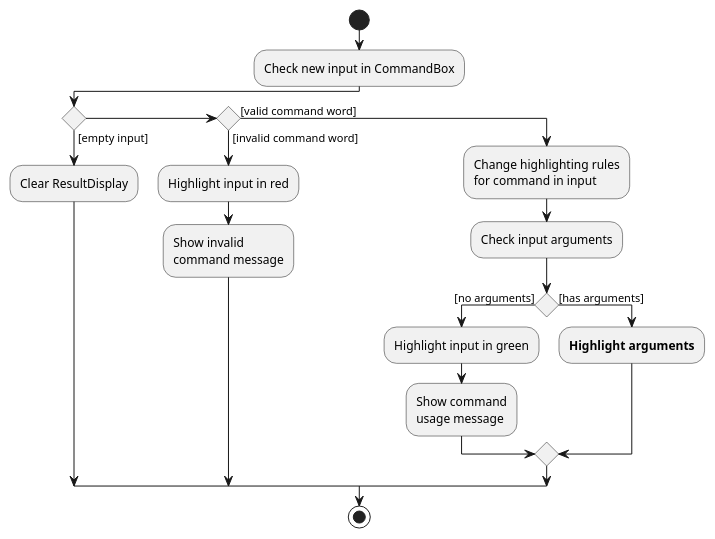
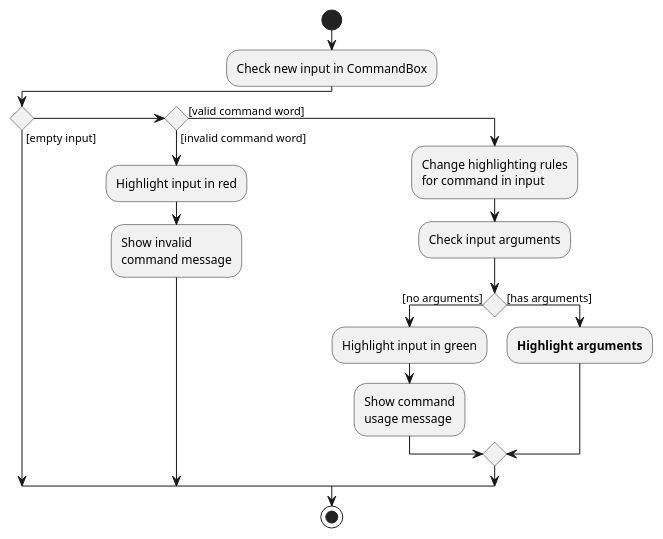
One commit to nus-cs2103-AY1920S2/addressbook-level3 changed the first of 3 diagrams in docs/diagrams/SyntaxHighlightingActivityDiagram.puml. Above: the diagram before and after it, drawn with PlantUML. The commit also changed 3 other files, not shown here.

```diff
--- a/docs/diagrams/SyntaxHighlightingActivityDiagram.puml
+++ b/docs/diagrams/SyntaxHighlightingActivityDiagram.puml
@@ -1,28 +1,27 @@
 @startuml
 start
 :Check new input in CommandBox;
 
 if () then ([empty input])
-    :Clear ResultDisplay;
 
 else if () then ([invalid command word])
     :Highlight input in red;
     :Show invalid
     command message;
 
 else ([valid command word])
     :Change highlighting rules
     for command in input;
 
     :Check input arguments;
 
     if () then ([no arguments])
         :Highlight input in green;
         :Show command
         usage message;
     else ([has arguments])
         :<b>Highlight arguments</b>;
     endif
 endif
 stop
 @enduml
```
